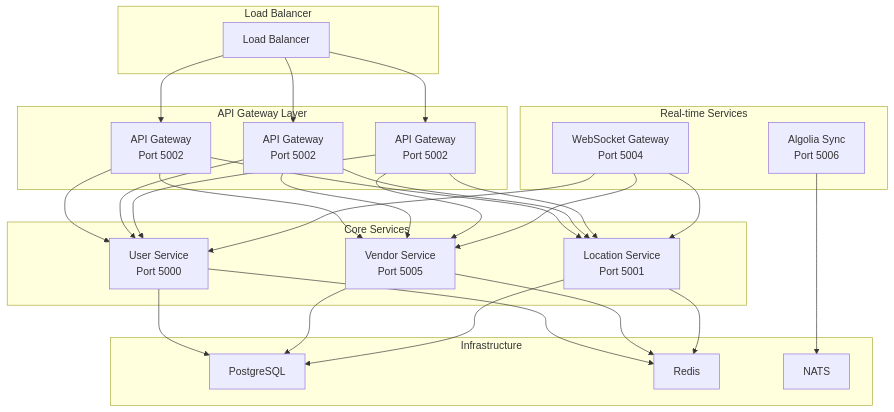
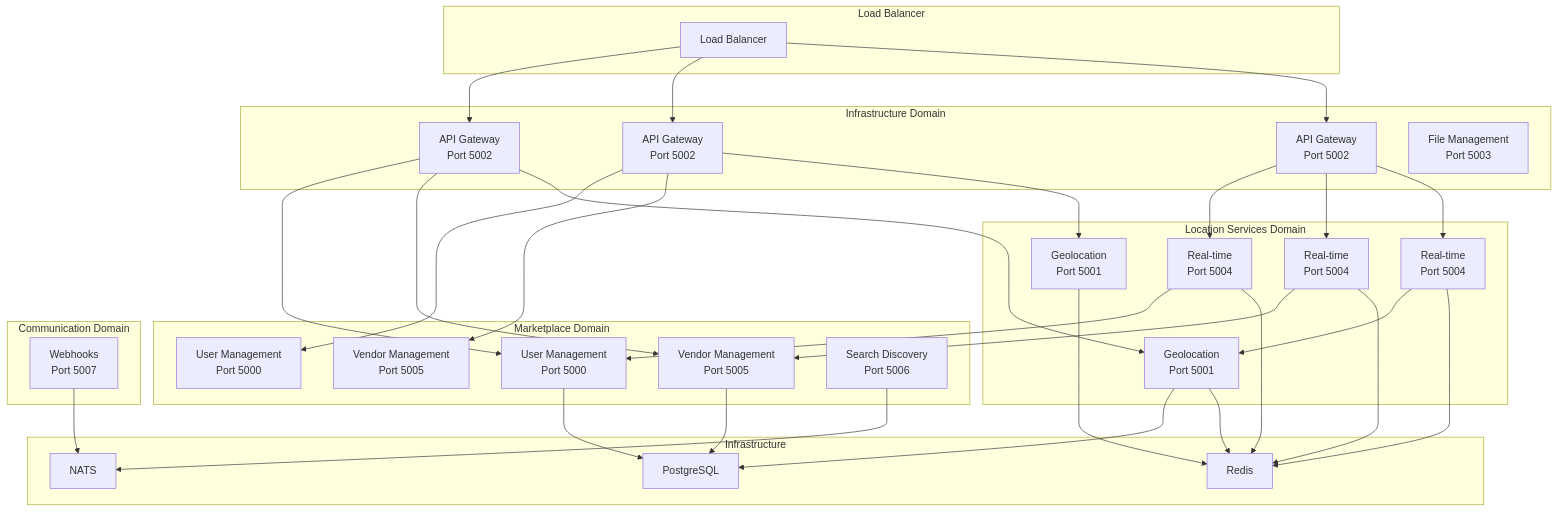
One commit to Venta-HQ/backend changed the diagram in docs/deployment-guide.md. Above: the diagram before and after it, drawn with Mermaid. The commit also changed other lines of this file and 12 other files, not shown here.

````diff
--- a/docs/deployment-guide.md
+++ b/docs/deployment-guide.md
@@ -25,57 +26,70 @@
 ```mermaid
 graph TB
     subgraph "Load Balancer"
         LB[Load Balancer]
     end
 
-    subgraph "API Gateway Layer"
+    subgraph "Infrastructure Domain"
         AG1[API Gateway<br/>Port 5002]
         AG2[API Gateway<br/>Port 5002]
         AG3[API Gateway<br/>Port 5002]
+        FM[File Management<br/>Port 5003]
     end
 
-    subgraph "Core Services"
-        US[User Service<br/>Port 5000]
-        VS[Vendor Service<br/>Port 5005]
-        LS[Location Service<br/>Port 5001]
+    subgraph "Marketplace Domain"
+        UM1[User Management<br/>Port 5000]
+        UM2[User Management<br/>Port 5000]
+        VM1[Vendor Management<br/>Port 5005]
+        VM2[Vendor Management<br/>Port 5005]
+        SD[Search Discovery<br/>Port 5006]
     end
 
-    subgraph "Real-time Services"
-        WG[WebSocket Gateway<br/>Port 5004]
-        AS[Algolia Sync<br/>Port 5006]
+    subgraph "Location Services Domain"
+        GL1[Geolocation<br/>Port 5001]
+        GL2[Geolocation<br/>Port 5001]
+        RT1[Real-time<br/>Port 5004]
+        RT2[Real-time<br/>Port 5004]
+        RT3[Real-time<br/>Port 5004]
+    end
+
+    subgraph "Communication Domain"
+        WH[Webhooks<br/>Port 5007]
     end
 
     subgraph "Infrastructure"
         PG[PostgreSQL]
         R[Redis]
         N[NATS]
     end
 
     LB --> AG1
     LB --> AG2
     LB --> AG3
 
-    AG1 --> US
-    AG1 --> VS
-    AG1 --> LS
-    AG2 --> US
-    AG2 --> VS
-    AG2 --> LS
-    AG3 --> US
-    AG3 --> VS
-    AG3 --> LS
+    AG1 --> UM1
+    AG1 --> VM1
+    AG1 --> GL1
+    AG2 --> UM2
+    AG2 --> VM2
+    AG2 --> GL2
+    AG3 --> RT1
+    AG3 --> RT2
+    AG3 --> RT3
 
-    WG --> US
-    WG --> VS
-    WG --> LS
+    RT1 --> UM1
+    RT2 --> VM1
+    RT3 --> GL1
 
-    US --> PG
-    VS --> PG
-    LS --> PG
+    UM1 --> PG
+    VM1 --> PG
+    GL1 --> PG
 
-    US --> R
-    VS --> R
-    LS --> R
+    GL1 --> R
+    GL2 --> R
+    RT1 --> R
+    RT2 --> R
+    RT3 --> R
 
-    AS --> N
+    SD --> N
+    WH --> N
 ```
````
